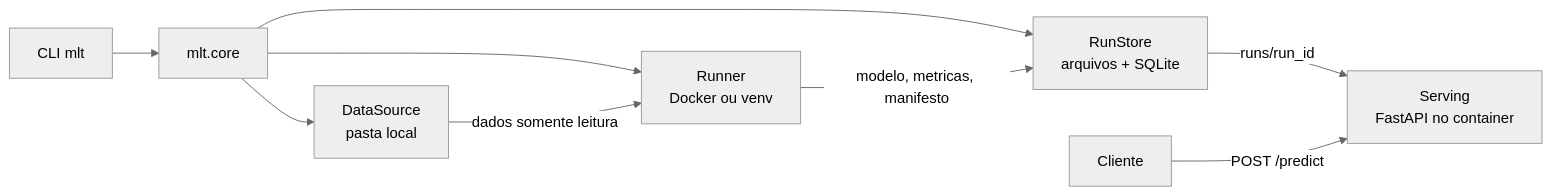
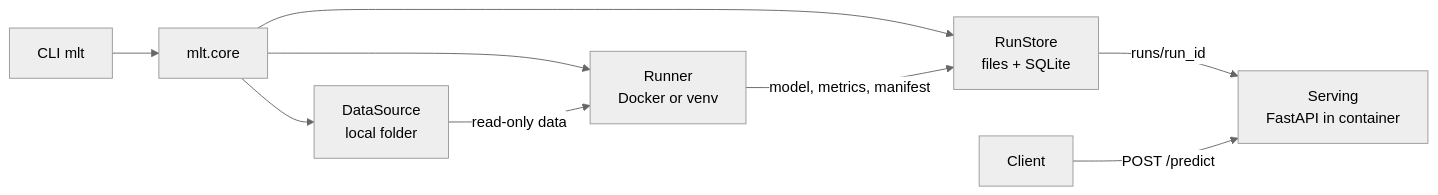
Before and after one commit to rafa-am/olx-mlops-case: the first of 2 diagrams in docs/design.md, drawn with Mermaid (neutral theme). The commit also changed other lines of this file and 13 other files, not shown here.

````diff
--- a/docs/design.md
+++ b/docs/design.md
@@ -403,11 +403,11 @@
 ```mermaid
 flowchart LR
   CLI[CLI mlt] --> CORE[mlt.core]
-  CORE --> DSRC[DataSource<br/>pasta local]
-  CORE --> RUN[Runner<br/>Docker ou venv]
-  CORE --> STORE[RunStore<br/>arquivos + SQLite]
-  DSRC -->|dados somente leitura| RUN
-  RUN -->|modelo, metricas, manifesto| STORE
-  STORE -->|runs/run_id| SRV[Serving<br/>FastAPI no container]
-  CLIENT[Cliente] -->|POST /predict| SRV
+  CORE --> DSRC[DataSource<br/>local folder]
+  CORE --> RUN[Runner<br/>Docker or venv]
+  CORE --> STORE[RunStore<br/>files + SQLite]
+  DSRC -->|read-only data| RUN
+  RUN -->|model, metrics, manifest| STORE
+  STORE -->|runs/run_id| SRV[Serving<br/>FastAPI in container]
+  CLIENT[Client] -->|POST /predict| SRV
 ```
````
